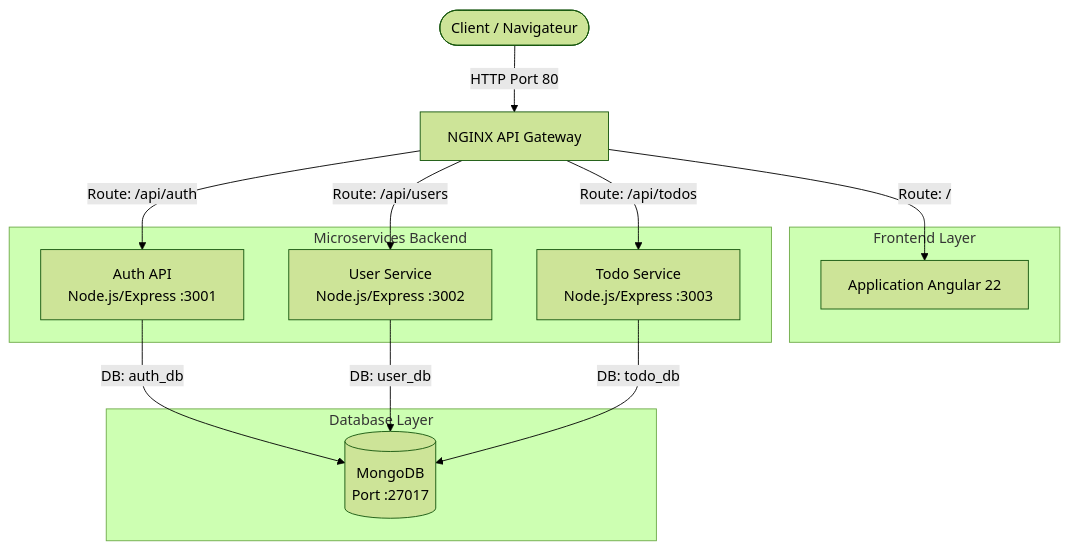
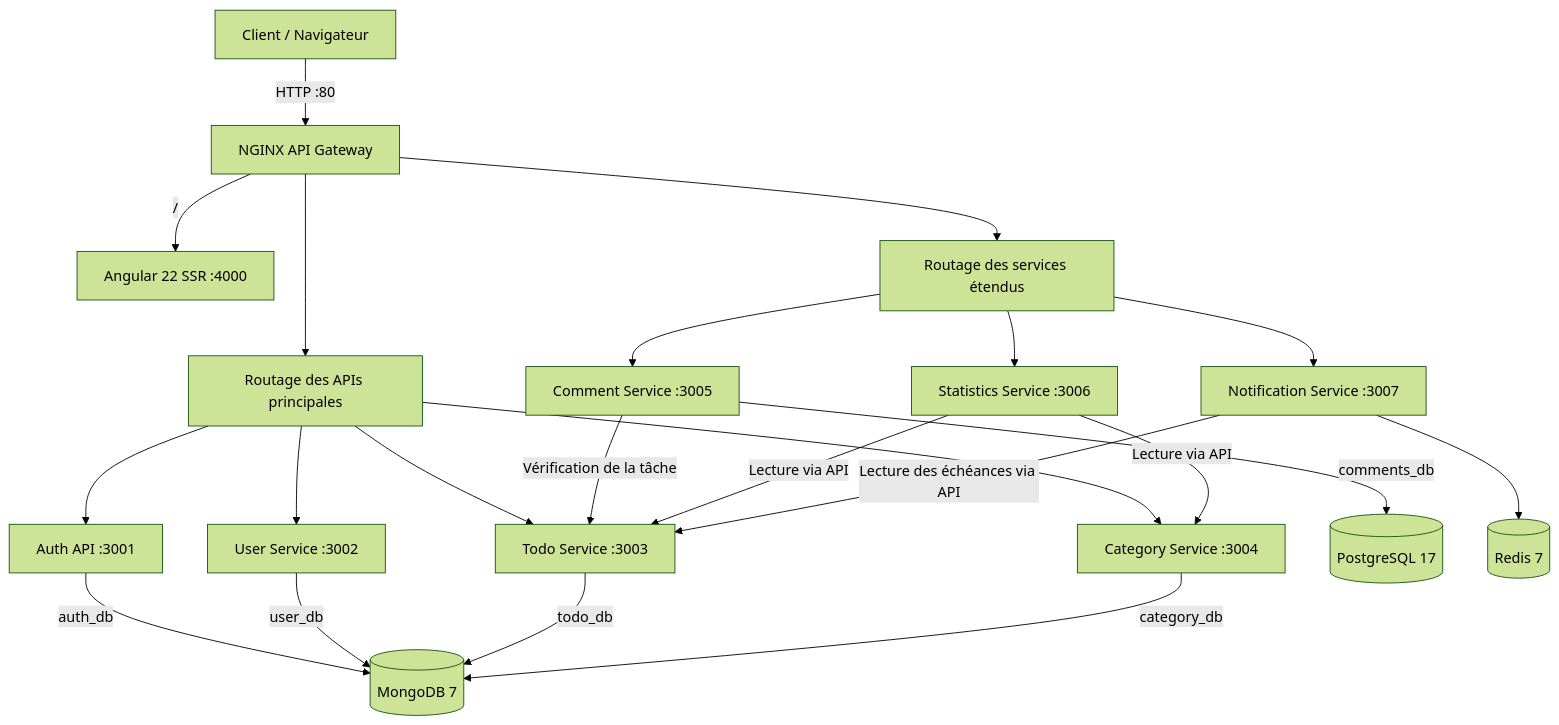
Before and after one commit to Ousshadd/Mini-ToDo: the diagram in README.md, drawn with Mermaid (forest theme). The commit also changed other lines of this file and 25 other files, not shown here.

Commit message:
feat: add comments, statistics and notification microservices

````diff
--- a/README.md
+++ b/README.md
@@ -9,29 +20,27 @@
 ```mermaid
-graph TD
-    Client([Client / Navigateur]) -->|HTTP Port 80| Gateway[NGINX API Gateway]
-    
-    subgraph Frontend Layer
-        UI[Application Angular 22]
-    end
+flowchart TD
+    Client[Client / Navigateur] -->|HTTP :80| Gateway[NGINX API Gateway]
+    Gateway -->|/| Frontend[Angular 22 SSR :4000]
 
-    subgraph Microservices Backend
-        Auth[Auth API <br/> Node.js/Express :3001]
-        User[User Service <br/> Node.js/Express :3002]
-        Todo[Todo Service <br/> Node.js/Express :3003]
-    end
+    Gateway --> Core[Routage des APIs principales]
+    Gateway --> Extended[Routage des services étendus]
+    Core --> Auth[Auth API :3001]
+    Core --> User[User Service :3002]
+    Core --> Todo[Todo Service :3003]
+    Core --> Category[Category Service :3004]
+    Extended --> Comment[Comment Service :3005]
+    Extended --> Statistics[Statistics Service :3006]
+    Extended --> Notification[Notification Service :3007]
 
-    subgraph Database Layer
-        Mongo[(MongoDB <br/> Port :27017)]
-    end
+    Auth -->|auth_db| Mongo[(MongoDB 7)]
+    User -->|user_db| Mongo
+    Todo -->|todo_db| Mongo
+    Category -->|category_db| Mongo
+    Comment -->|comments_db| PostgreSQL[(PostgreSQL 17)]
+    Notification --> Redis[(Redis 7)]
 
-    %% Routing
-    Gateway -->|Route: / | UI
-    Gateway -->|Route: /api/auth | Auth
-    Gateway -->|Route: /api/users | User
-    Gateway -->|Route: /api/todos | Todo
-
-    %% Database Connections
-    Auth -->|DB: auth_db| Mongo
-    User -->|DB: user_db| Mongo
-    Todo -->|DB: todo_db| Mongo
+    Comment -->|Vérification de la tâche| Todo
+    Statistics -->|Lecture via API| Todo
+    Statistics -->|Lecture via API| Category
+    Notification -->|Lecture des échéances via API| Todo
 ```
````
